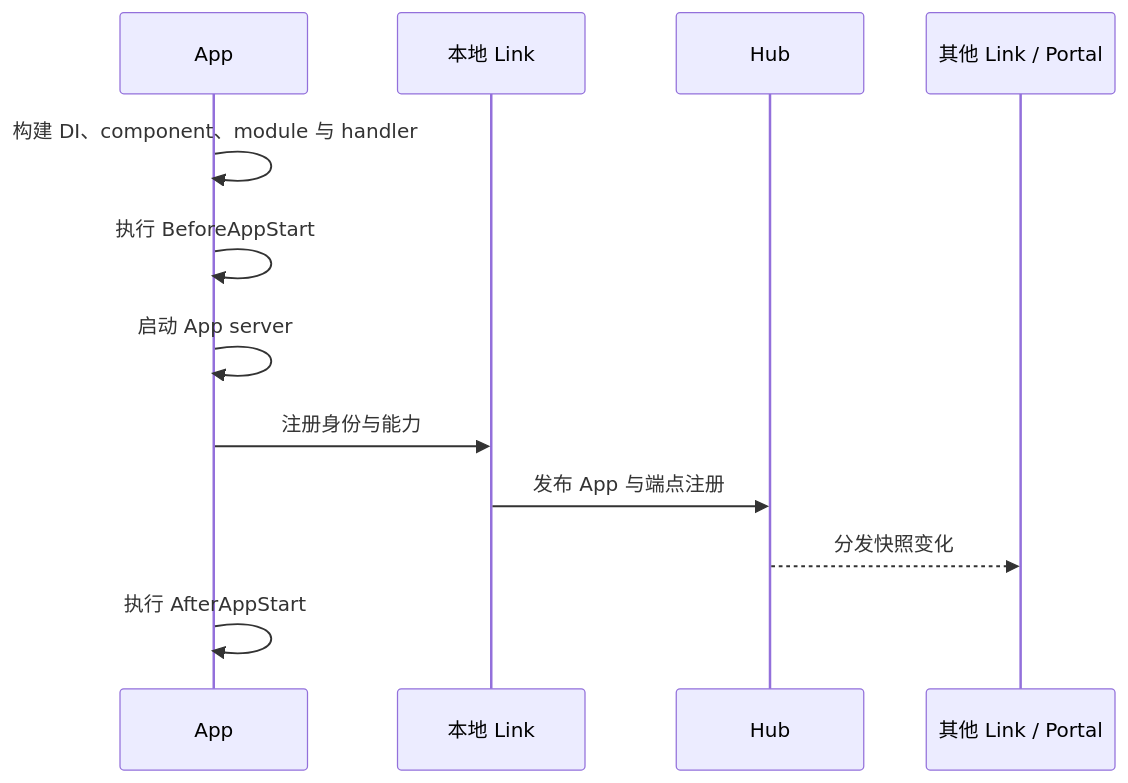
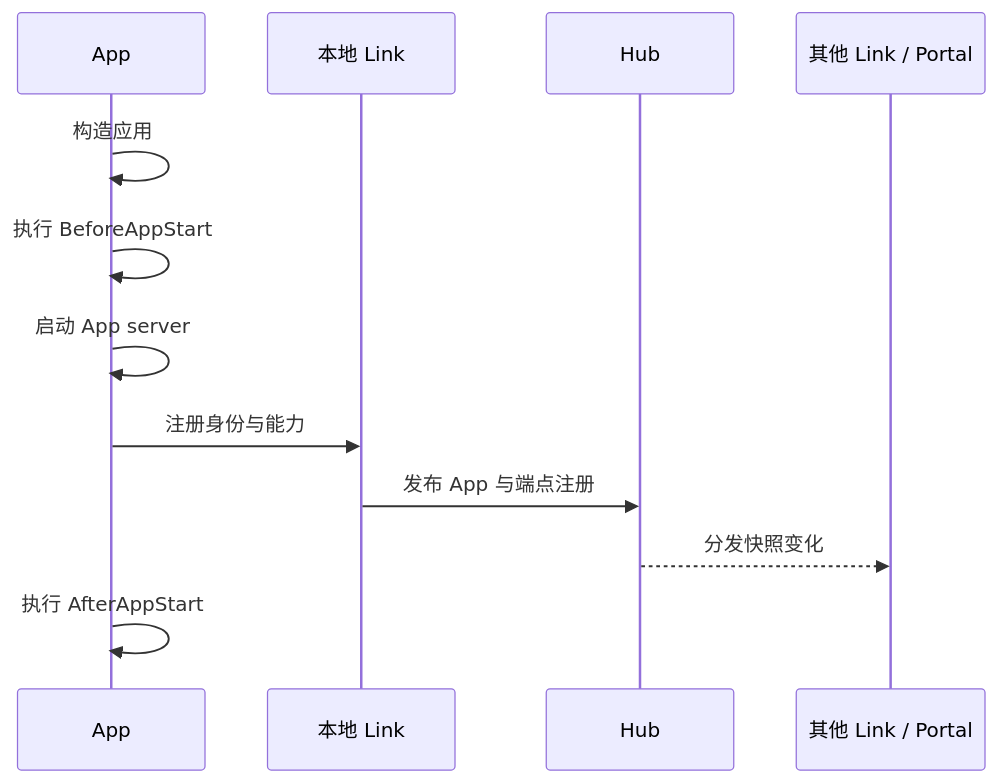
The first of 5 diagrams in i18n/zh-CN/docusaurus-plugin-content-docs/current/runtime/request-routing.md (yorun-ai/vine-site), drawn with Mermaid before and after one commit. The commit also changed other lines of this file and 57 other files, not shown here.

````diff
--- a/i18n/zh-CN/docusaurus-plugin-content-docs/current/runtime/request-routing.md
+++ b/i18n/zh-CN/docusaurus-plugin-content-docs/current/runtime/request-routing.md
@@ -31,15 +31,15 @@
 ```mermaid
 sequenceDiagram
   participant App as App
   participant RuntimeLink as 本地 Link
   participant Hub as Hub
   participant Peers as 其他 Link / Portal
 
-  App->>App: 构建 DI、component、module 与 handler
+  App->>App: 构造应用
   App->>App: 执行 BeforeAppStart
   App->>App: 启动 App server
   App->>RuntimeLink: 注册身份与能力
   RuntimeLink->>Hub: 发布 App 与端点注册
   Hub-->>Peers: 分发快照变化
   App->>App: 执行 AfterAppStart
 ```
````
